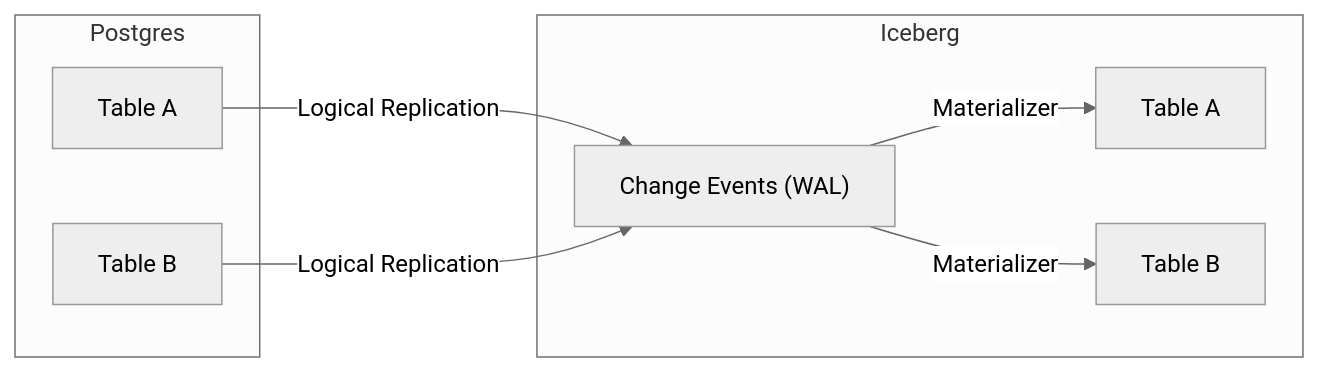
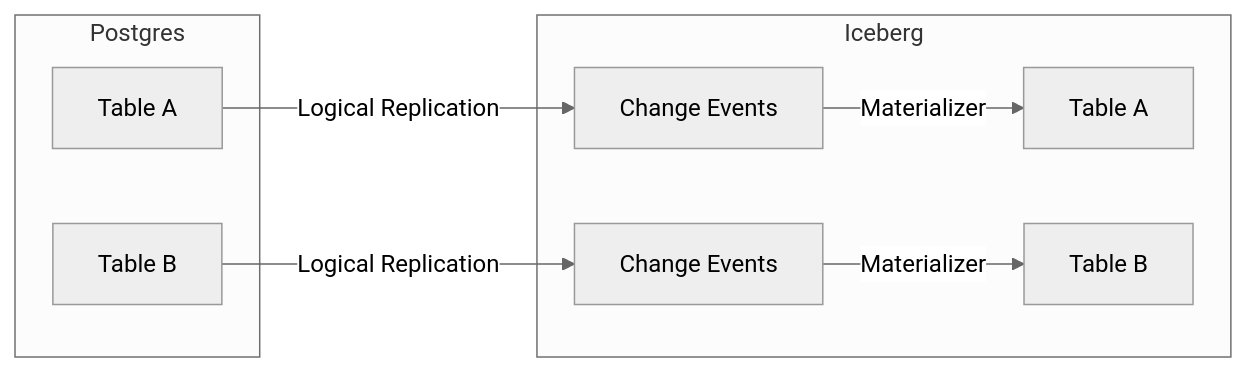
Before and after one commit to polynya-dev/pg2iceberg: the second of 2 diagrams in README.md, drawn with Mermaid (neutral theme). The commit also changed other lines of this file, not shown here.

Commit message:
update readme (#26)

````diff
--- a/README.md
+++ b/README.md
@@ -24,15 +24,15 @@
 ```mermaid
 graph LR
   subgraph Postgres
       TableA["Table A"]
       TableB["Table B"]
   end
 
   subgraph Iceberg
-      WAL["Change Events (WAL)"] -->|Materializer| TargetA[Table A]
-      WAL["Change Events (WAL)"] -->|Materializer| TargetB[Table B]
+      WALA["Change Events"] -->|Materializer| TargetA[Table A]
+      WALB["Change Events"] -->|Materializer| TargetB[Table B]
   end
 
-  TableA -->|Logical Replication| WAL
-  TableB -->|Logical Replication| WAL
+  TableA -->|Logical Replication| WALA
+  TableB -->|Logical Replication| WALB
 ```
````
